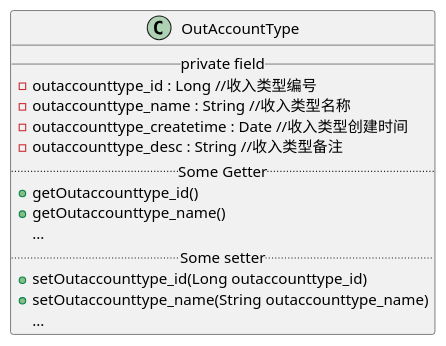
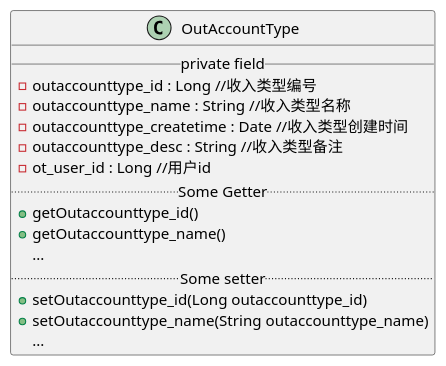
One commit to xiaokangxxs/notebook changed diagram 15 of 30 in docs/UML/plantuml.md. Above: the diagram before and after it, drawn with PlantUML. The commit also changed other lines of this file and 2 other files, not shown here.

Commit message:
update hadoop-ha and update familyaccount-plantuml

````diff
--- a/docs/UML/plantuml.md
+++ b/docs/UML/plantuml.md
@@ -301,21 +300,22 @@
 ```plantuml
 @startuml
 
 class OutAccountType {
 __ private field __
  -outaccounttype_id : Long //收入类型编号
  -outaccounttype_name : String //收入类型名称
  -outaccounttype_createtime : Date //收入类型创建时间
  -outaccounttype_desc : String //收入类型备注
+ -ot_user_id : Long //用户id
 .. Some Getter ..
   + getOutaccounttype_id()
   + getOutaccounttype_name()
   ...
 .. Some setter ..
   + setOutaccounttype_id(Long outaccounttype_id)
   + setOutaccounttype_name(String outaccounttype_name)
   ...
 }
 
 @enduml
 ```
````
